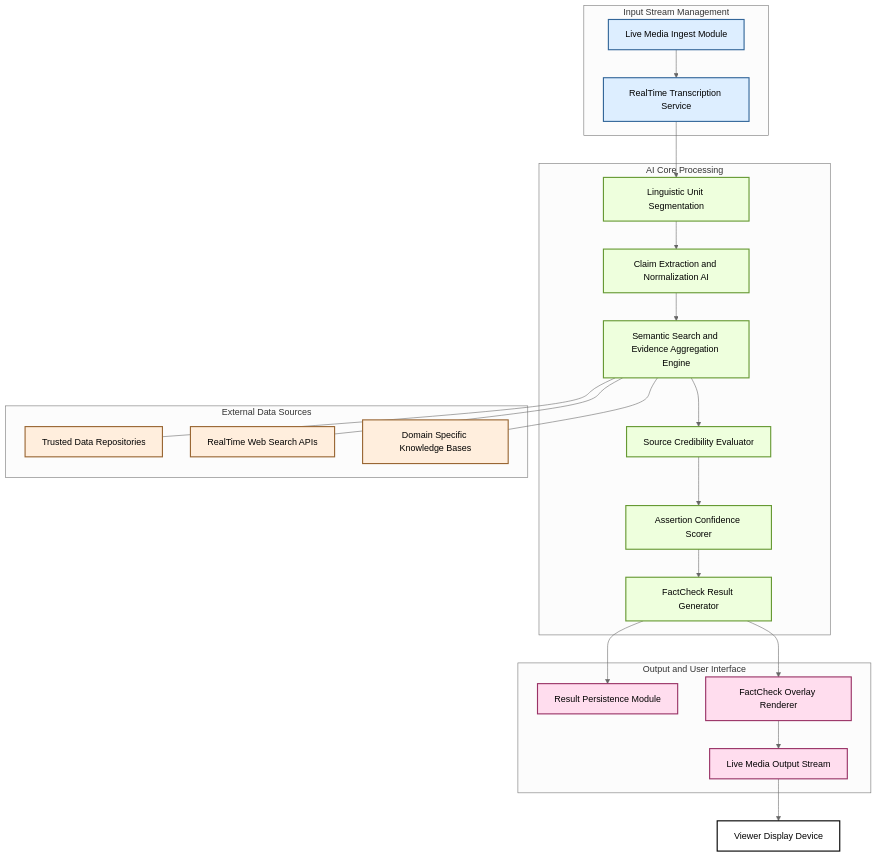
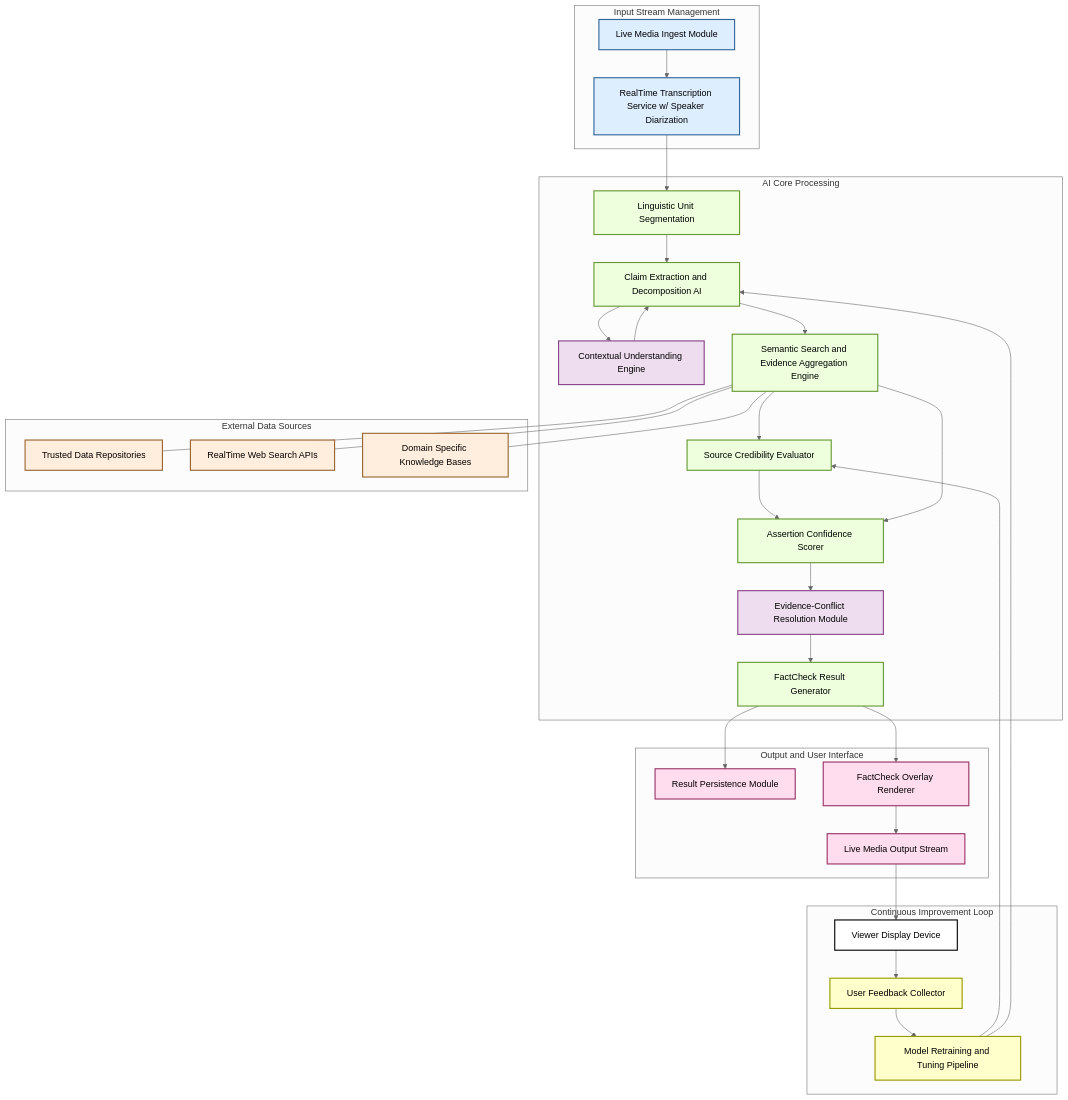
The first of 10 diagrams in inventions/112_ai_real_time_fact_checking.md (diplomat-bit/Citibank_Demo_Business_Inc_Demonstration-), drawn with Mermaid (neutral theme) before and after one commit. The commit also changed other lines of this file, not shown here.

Commit message:
[AI] Edit: inventions/112_ai_real_time_fact_checking.md

````diff
--- a/inventions/112_ai_real_time_fact_checking.md
+++ b/inventions/112_ai_real_time_fact_checking.md
@@ -10,45 +10,60 @@
 ```mermaid
 graph TD
     subgraph Input Stream Management
-        A[Live Media Ingest Module] --> B[RealTime Transcription Service]
+        A[Live Media Ingest Module] --> B[RealTime Transcription Service w/ Speaker Diarization]
     end
 
     subgraph AI Core Processing
         B --> C[Linguistic Unit Segmentation]
-        C --> D[Claim Extraction and Normalization AI]
+        C --> D[Claim Extraction and Decomposition AI]
+        D --> D1[Contextual Understanding Engine]
+        D1 --> D
         D --> E[Semantic Search and Evidence Aggregation Engine]
         E --> F[Source Credibility Evaluator]
         F --> G[Assertion Confidence Scorer]
-        G --> H[FactCheck Result Generator]
+        E --> G
+        G --> G1[Evidence-Conflict Resolution Module]
+        G1 --> H[FactCheck Result Generator]
     end
 
     subgraph Output and User Interface
         H --> I[Result Persistence Module]
         H --> J[FactCheck Overlay Renderer]
         J --> K[Live Media Output Stream]
     end
 
     subgraph External Data Sources
         E --- L[Trusted Data Repositories]
         E --- M[RealTime Web Search APIs]
         E --- N[Domain Specific Knowledge Bases]
     end
 
-    K --> O[Viewer Display Device]
+    subgraph Continuous Improvement Loop
+        O[Viewer Display Device] --> P[User Feedback Collector]
+        P --> Q[Model Retraining and Tuning Pipeline]
+        Q --> F
+        Q --> D
+    end
+
+    K --> O
 
     style A fill:#DDEEFF,stroke:#336699,stroke-width:2px
     style B fill:#DDEEFF,stroke:#336699,stroke-width:2px
     style C fill:#EEFFDD,stroke:#669933,stroke-width:2px
     style D fill:#EEFFDD,stroke:#669933,stroke-width:2px
+    style D1 fill:#EDDDEE,stroke:#884488,stroke-width:2px
     style E fill:#EEFFDD,stroke:#669933,stroke-width:2px
     style F fill:#EEFFDD,stroke:#669933,stroke-width:2px
     style G fill:#EEFFDD,stroke:#669933,stroke-width:2px
+    style G1 fill:#EDDDEE,stroke:#884488,stroke-width:2px
     style H fill:#EEFFDD,stroke:#669933,stroke-width:2px
     style I fill:#FFDDEE,stroke:#993366,stroke-width:2px
     style J fill:#FFDDEE,stroke:#993366,stroke-width:2px
     style K fill:#FFDDEE,stroke:#993366,stroke-width:2px
     style L fill:#FFEEDD,stroke:#996633,stroke-width:2px
     style M fill:#FFEEDD,stroke:#996633,stroke-width:2px
     style N fill:#FFEEDD,stroke:#996633,stroke-width:2px
     style O fill:#FFFFFF,stroke:#000000,stroke-width:2px
+    style P fill:#FFFFCC,stroke:#999900,stroke-width:2px
+    style Q fill:#FFFFCC,stroke:#999900,stroke-width:2px
 ```
````
